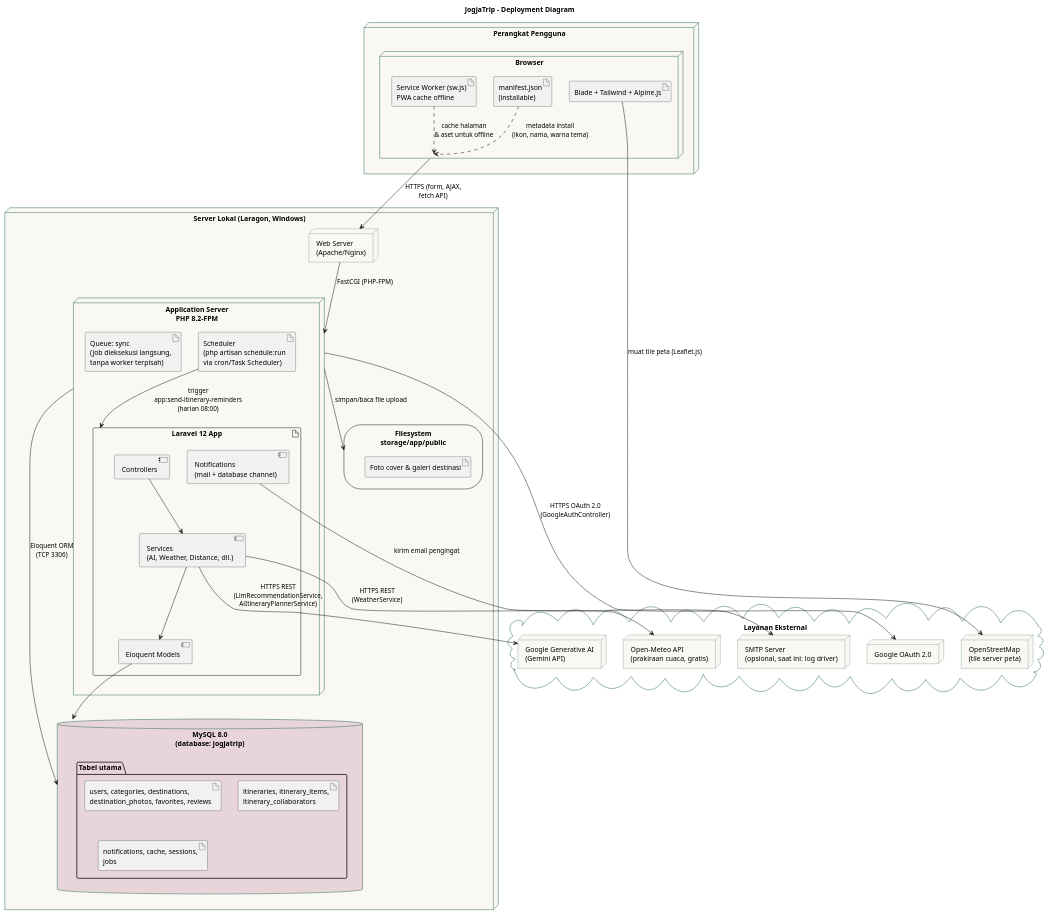
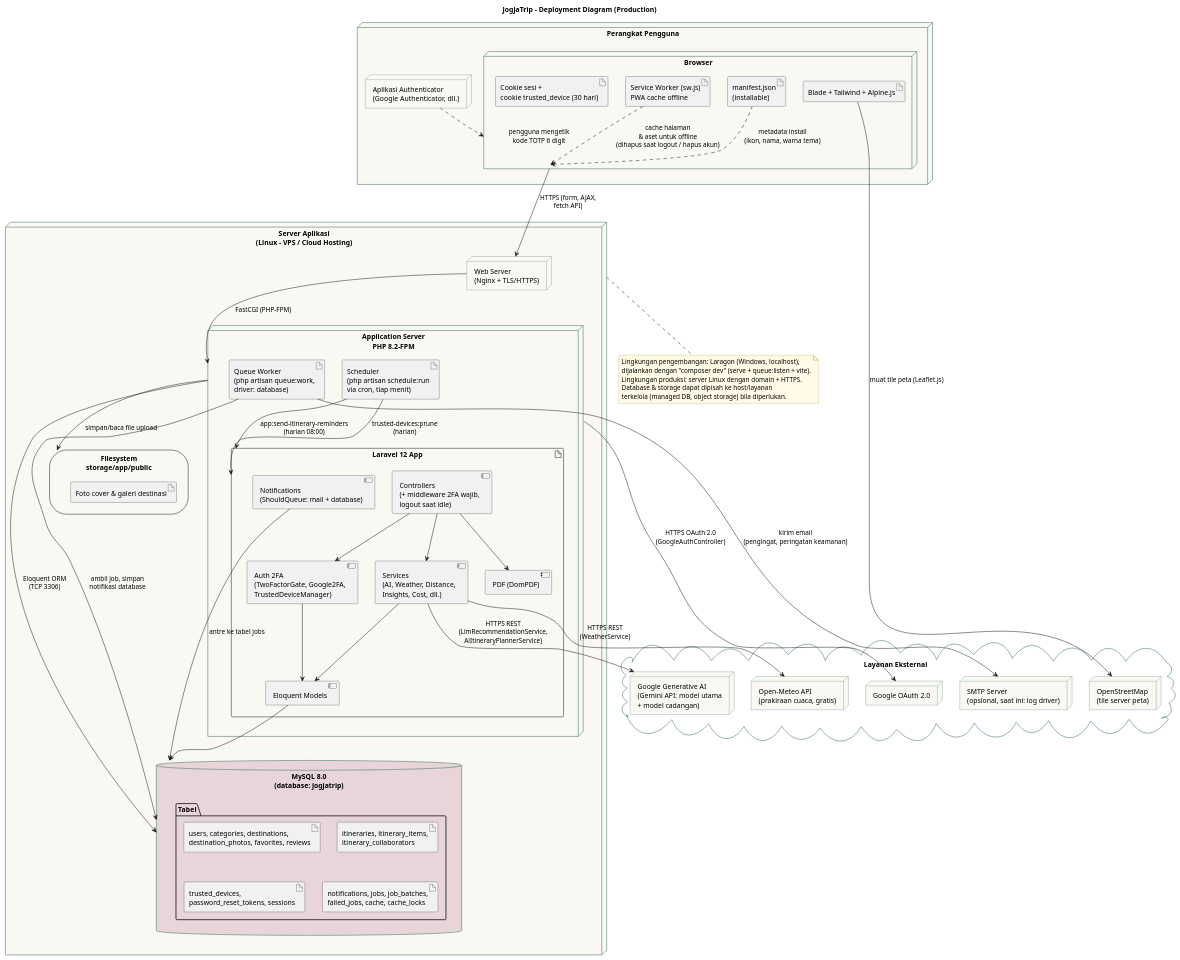
One commit to anugrahhhhh/tripplane-jogja-itenary changed the diagram in docs/uml-plantuml/15-deployment.puml. Above: the diagram before and after it, drawn with PlantUML. The commit also changed 79 other files, not shown here.

First line of the commit message:
docs(uml): sync PlantUML diagrams with current system and split complex activity diagrams

```diff
--- a/docs/uml-plantuml/15-deployment.puml
+++ b/docs/uml-plantuml/15-deployment.puml
@@ -1,80 +1,105 @@
 @startuml 15-deployment
-title JogjaTrip - Deployment Diagram
+title JogjaTrip - Deployment Diagram (Production)
 
 skinparam node {
   BackgroundColor #FAF8F3
   BorderColor #2F6B5A
 }
 skinparam database {
   BackgroundColor #E8D5DA
   BorderColor #2F6B5A
 }
 skinparam cloud {
   BackgroundColor #FFFFFF
   BorderColor #2F6B5A
 }
+skinparam note {
+  BackgroundColor #FFFBE6
+  BorderColor #B59B3A
+}
 
 node "Perangkat Pengguna" as ClientDevice {
   node "Browser" as Browser {
     artifact "Blade + Tailwind + Alpine.js" as Frontend
     artifact "Service Worker (sw.js)\nPWA cache offline" as SW
     artifact "manifest.json\n(installable)" as Manifest
+    artifact "Cookie sesi +\ncookie trusted_device (30 hari)" as Cookies
   }
+  node "Aplikasi Authenticator\n(Google Authenticator, dll.)" as AuthApp
 }
 
-node "Server Lokal (Laragon, Windows)" as ServerHost {
-  node "Web Server\n(Apache/Nginx)" as WebServer
+node "Server Aplikasi\n(Linux - VPS / Cloud Hosting)" as ServerHost {
+  node "Web Server\n(Nginx + TLS/HTTPS)" as WebServer
 
   node "Application Server\nPHP 8.2-FPM" as AppServer {
     artifact "Laravel 12 App" as Laravel {
-      component "Controllers" as Controllers
-      component "Services\n(AI, Weather, Distance, dll.)" as Services
+      component "Controllers\n(+ middleware 2FA wajib,\nlogout saat idle)" as Controllers
+      component "Services\n(AI, Weather, Distance,\nInsights, Cost, dll.)" as Services
+      component "Auth 2FA\n(TwoFactorGate, Google2FA,\nTrustedDeviceManager)" as Auth2fa
       component "Eloquent Models" as Models
-      component "Notifications\n(mail + database channel)" as Notifications
+      component "Notifications\n(ShouldQueue: mail + database)" as Notifications
+      component "PDF (DomPDF)" as Pdf
     }
-    artifact "Scheduler\n(php artisan schedule:run\nvia cron/Task Scheduler)" as Scheduler
-    artifact "Queue: sync\n(job dieksekusi langsung,\ntanpa worker terpisah)" as Queue
+    artifact "Scheduler\n(php artisan schedule:run\nvia cron, tiap menit)" as Scheduler
+    artifact "Queue Worker\n(php artisan queue:work,\ndriver: database)" as QueueWorker
   }
 
   database "MySQL 8.0\n(database: jogjatrip)" as MySQL {
-    folder "Tabel utama" as Tables {
+    folder "Tabel" as Tables {
       artifact "users, categories, destinations,\ndestination_photos, favorites, reviews" as T1
       artifact "itineraries, itinerary_items,\nitinerary_collaborators" as T2
-      artifact "notifications, cache, sessions,\njobs" as T3
+      artifact "trusted_devices,\npassword_reset_tokens, sessions" as T3
+      artifact "notifications, jobs, job_batches,\nfailed_jobs, cache, cache_locks" as T4
     }
   }
 
   storage "Filesystem\nstorage/app/public" as Storage {
     artifact "Foto cover & galeri destinasi" as Photos
   }
 }
 
 cloud "Layanan Eksternal" as External {
-  node "Google Generative AI\n(Gemini API)" as Gemini
+  node "Google Generative AI\n(Gemini API: model utama\n+ model cadangan)" as Gemini
   node "Google OAuth 2.0" as GoogleOAuth
   node "Open-Meteo API\n(prakiraan cuaca, gratis)" as OpenMeteo
   node "OpenStreetMap\n(tile server peta)" as OSM
   node "SMTP Server\n(opsional, saat ini: log driver)" as SMTP
 }
+
+note bottom of ServerHost
+  Lingkungan pengembangan: Laragon (Windows, localhost),
+  dijalankan dengan "composer dev" (serve + queue:listen + vite).
+  Lingkungan produksi: server Linux dengan domain + HTTPS.
+  Database & storage dapat dipisah ke host/layanan
+  terkelola (managed DB, object storage) bila diperlukan.
+end note
 
 Browser --> WebServer : HTTPS (form, AJAX,\nfetch API)
 WebServer --> AppServer : FastCGI (PHP-FPM)
 AppServer --> MySQL : Eloquent ORM\n(TCP 3306)
 AppServer --> Storage : simpan/baca file upload
 
 Controllers --> Services
+Controllers --> Auth2fa
+Controllers --> Pdf
 Services --> Models
+Auth2fa --> Models
 Models --> MySQL
 
 Services --> Gemini : HTTPS REST\n(LlmRecommendationService,\nAiItineraryPlannerService)
 Services --> OpenMeteo : HTTPS REST\n(WeatherService)
 AppServer --> GoogleOAuth : HTTPS OAuth 2.0\n(GoogleAuthController)
-Notifications --> SMTP : kirim email pengingat
 Frontend --> OSM : muat tile peta (Leaflet.js)
+AuthApp ..> Browser : pengguna mengetik\nkode TOTP 6 digit
 
-Scheduler --> Laravel : trigger\napp:send-itinerary-reminders\n(harian 08:00)
+Notifications --> MySQL : antre ke tabel jobs
+QueueWorker --> MySQL : ambil job, simpan\nnotifikasi database
+QueueWorker --> SMTP : kirim email\n(pengingat, peringatan keamanan)
 
-SW ..> Browser : cache halaman\n& aset untuk offline
+Scheduler --> Laravel : app:send-itinerary-reminders\n(harian 08:00)
+Scheduler --> Laravel : trusted-devices:prune\n(harian)
+
+SW ..> Browser : cache halaman\n& aset untuk offline\n(dihapus saat logout / hapus akun)
 Manifest ..> Browser : metadata install\n(ikon, nama, warna tema)
 
 @enduml
```
